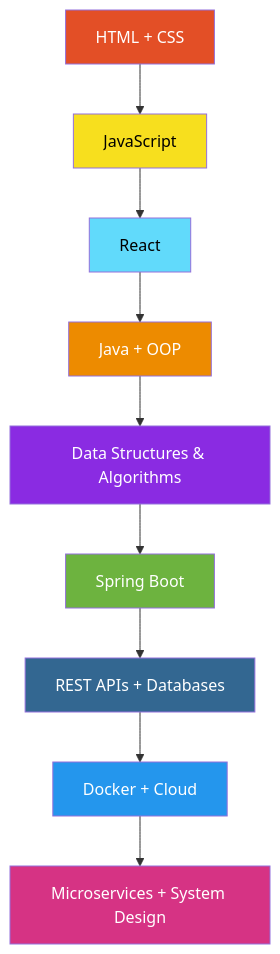
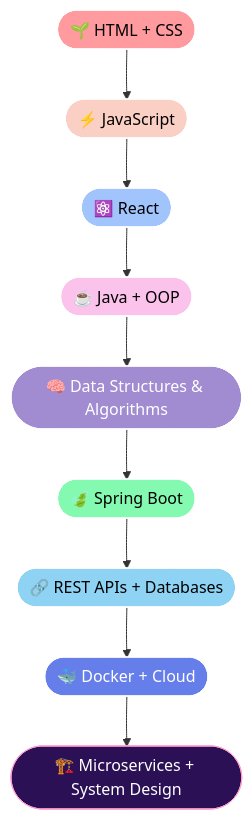
Before and after one commit to LAXMIDHARLHS974/LAXMIDHARLHS974: the diagram in README.md, drawn with Mermaid. The commit also changed other lines of this file, not shown here.

````diff
--- a/README.md
+++ b/README.md
@@ -144,21 +162,21 @@
 ```mermaid
 flowchart TD
-    A[HTML + CSS] --> B[JavaScript]
-    B --> C[React]
-    C --> D[Java + OOP]
-    D --> E[Data Structures & Algorithms]
-    E --> F[Spring Boot]
-    F --> G[REST APIs + Databases]
-    G --> H[Docker + Cloud]
-    H --> I[Microservices + System Design]
+    A([🌱 HTML + CSS]) --> B([⚡ JavaScript])
+    B --> C([⚛️ React])
+    C --> D([☕ Java + OOP])
+    D --> E([🧠 Data Structures & Algorithms])
+    E --> F([🍃 Spring Boot])
+    F --> G([🔗 REST APIs + Databases])
+    G --> H([🐳 Docker + Cloud])
+    H --> I([🏗️ Microservices + System Design])
 
-    style A fill:#E34F26,color:#fff
-    style B fill:#F7DF1E,color:#000
-    style C fill:#61DAFB,color:#000
-    style D fill:#ED8B00,color:#fff
-    style E fill:#8A2BE2,color:#fff
-    style F fill:#6DB33F,color:#fff
-    style G fill:#336791,color:#fff
-    style H fill:#2496ED,color:#fff
-    style I fill:#d63384,color:#fff
+    style A fill:#ff9a9e,color:#000,stroke:#fff
+    style B fill:#fad0c4,color:#000,stroke:#fff
+    style C fill:#a1c4fd,color:#000,stroke:#fff
+    style D fill:#fbc2eb,color:#000,stroke:#fff
+    style E fill:#a18cd1,color:#fff,stroke:#fff
+    style F fill:#84fab0,color:#000,stroke:#fff
+    style G fill:#8fd3f4,color:#000,stroke:#fff
+    style H fill:#667eea,color:#fff,stroke:#fff
+    style I fill:#2b1055,color:#fff,stroke:#ff9ecd
 ```
````
